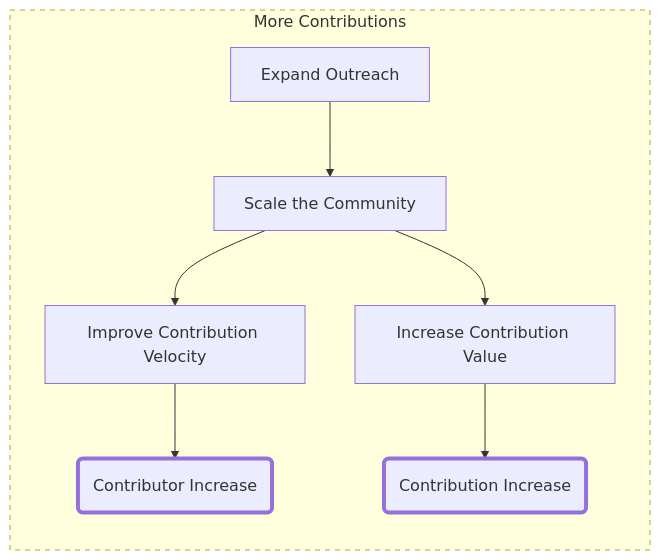
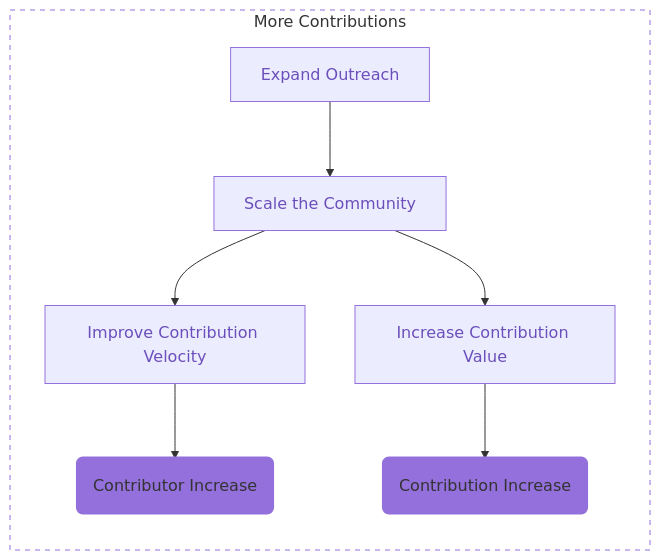
Before and after one commit to secretstartups/handbook: the first of 2 diagrams in quality/contributor-success/index.html.md, drawn with Mermaid. The commit also changed other lines of this file, not shown here.

````diff
--- a/quality/contributor-success/index.html.md
+++ b/quality/contributor-success/index.html.md
@@ -26,25 +26,29 @@
 ```mermaid
 
 flowchart LR
   subgraph moreContributions["More Contributions"]
     contributorIncrease("Contributor Increase")
     contributionIncrease("Contribution Increase")
     increaseValue["Increase Contribution Value"]
     improveVelocity["Improve Contribution Velocity"]
     scaleCommunity["Scale the Community"]
     expandOutreach["Expand Outreach"]
     scaleCommunity-->improveVelocity
     scaleCommunity-->increaseValue
     expandOutreach-->scaleCommunity
     increaseValue-->contributionIncrease
     improveVelocity-->contributorIncrease
   end
-  style moreContributions stroke-dasharray: 5 5
-  style contributionIncrease fill:,stroke-width:4px
-  style contributorIncrease fill:,stroke-width:4px
-  click improveVelocity "#improve-contribution-velocity"
+  style moreContributions fill:#FFF, stroke:#9370DB, stroke-dasharray: 5 5
+  style contributionIncrease fill:#9370DB,stroke:#9370DB,stroke-width:4px
+  style contributorIncrease fill:#9370DB,stroke:#9370DB,stroke-width:4px
+  style improveVelocity color:#6b4fbb, stroke:#9370DB
+  style increaseValue color:#6b4fbb, stroke:#9370DB
+  style expandOutreach color:#6b4fbb, stroke:#9370DB
+  style scaleCommunity color:#6b4fbb, stroke:#9370DB
+  click improveVelocity "./#improve-contribution-velocity"
   click increaseValue "#increase-contribution-value"
   click expandOutreach "#expand-outreach"
   click scaleCommunity "#scale-the-community"
 
  ```
````
